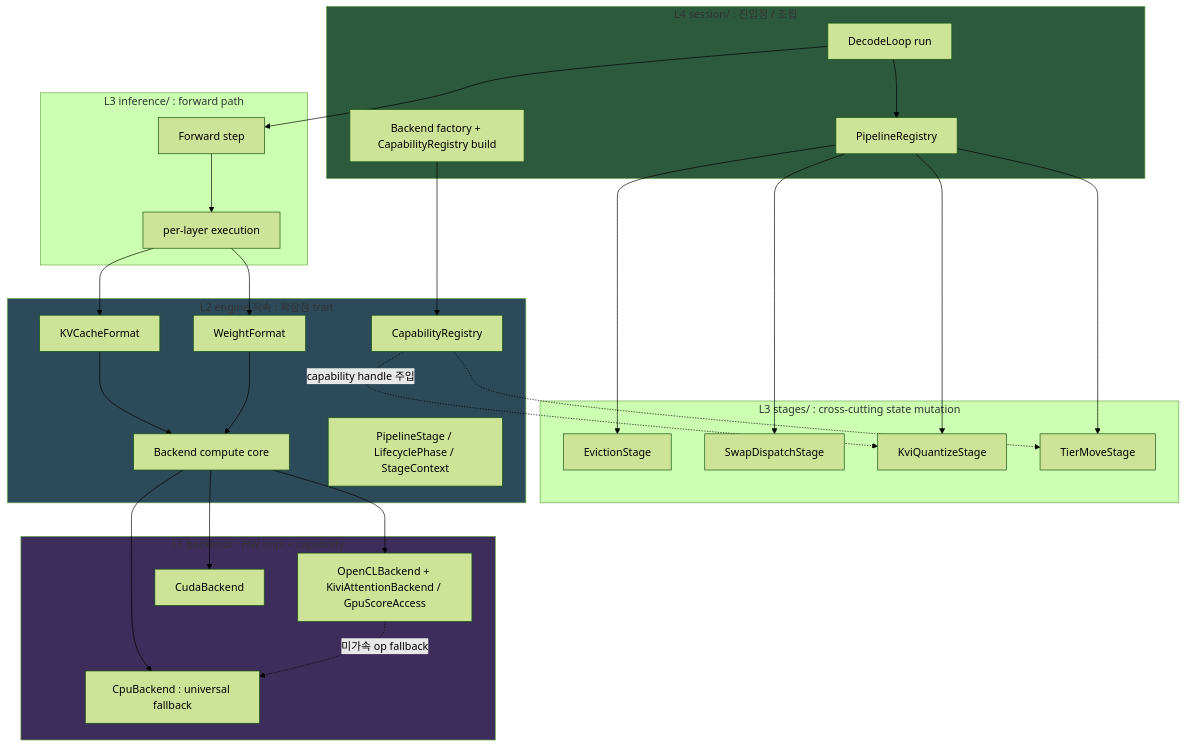
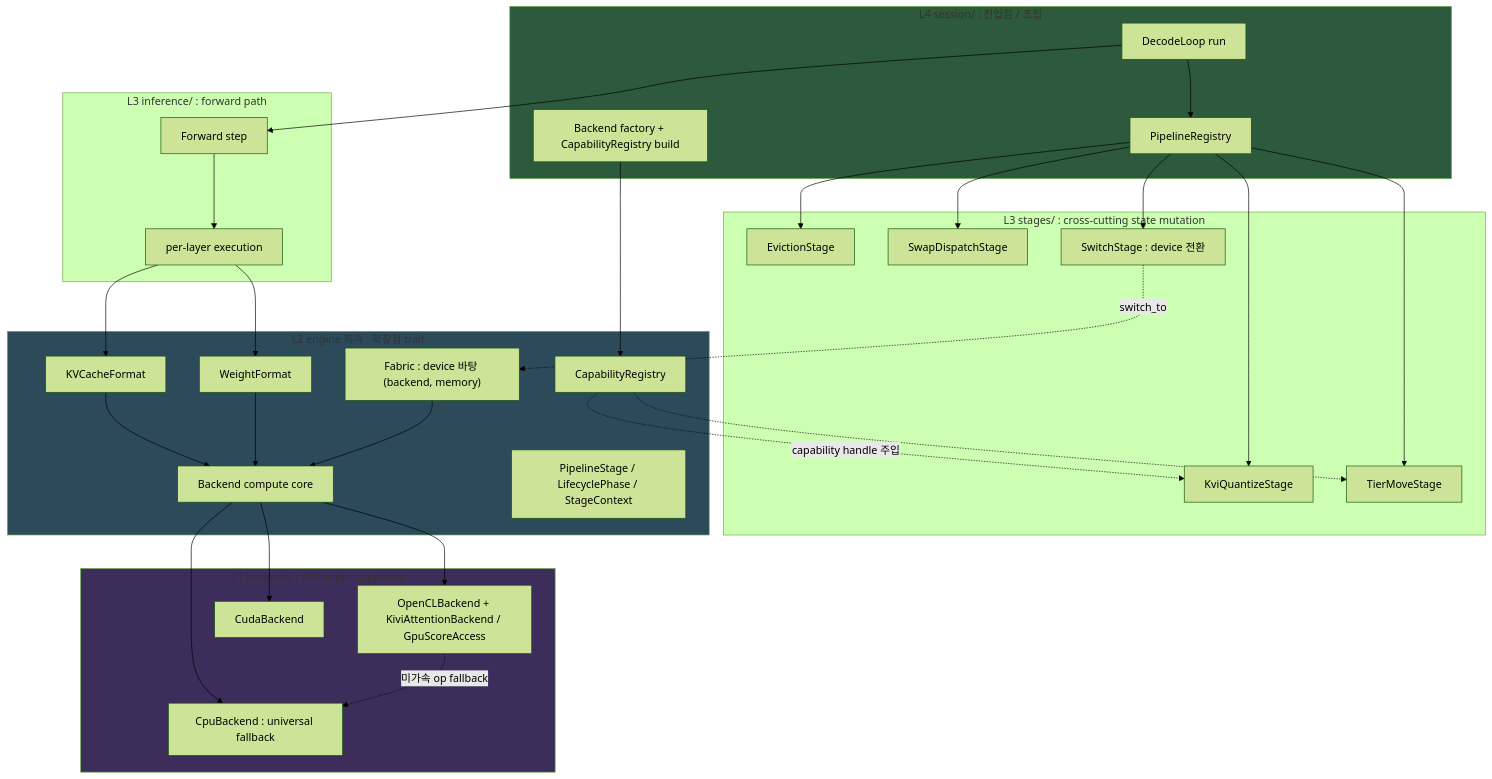
The diagram in arch/pipeline_stage_design_v2.md (hedone21/llm_rs2), drawn with Mermaid (forest theme) before and after one commit. The commit also changed other lines of this file and 2 other files, not shown here.

First line of the commit message:
docs(arch): device 3축 분리 기각 → 2축 + 실행 바탕(Fabric) 확정

````diff
--- a/arch/pipeline_stage_design_v2.md
+++ b/arch/pipeline_stage_design_v2.md
@@ -30,57 +30,62 @@
 ```mermaid
 flowchart TB
     subgraph L4["L4 session/ : 진입점 / 조립"]
         decode["DecodeLoop run"]
         registry["PipelineRegistry"]
         factory["Backend factory + CapabilityRegistry build"]
     end
 
     subgraph L3stage["L3 stages/ : cross-cutting state mutation"]
         evict["EvictionStage"]
         swap["SwapDispatchStage"]
         kivi_q["KviQuantizeStage"]
         tier["TierMoveStage"]
+        sw["SwitchStage : device 전환"]
     end
 
     subgraph L3inf["L3 inference/ : forward path"]
         fwd["Forward step"]
         layerexec["per-layer execution"]
     end
 
     subgraph L2["L2 engine 직속 : 확장점 trait"]
         be["Backend compute core"]
+        fabric["Fabric : device 바탕 (backend, memory)"]
         kvl["KVCacheFormat"]
         wl["WeightFormat"]
         ps["PipelineStage / LifecyclePhase / StageContext"]
         caps["CapabilityRegistry"]
     end
 
     subgraph L1["L1 backend/ : HW impl + capability"]
         cpu["CpuBackend : universal fallback"]
         ocl["OpenCLBackend + KiviAttentionBackend / GpuScoreAccess"]
         cuda["CudaBackend"]
     end
 
     decode --> registry
     decode --> fwd
     factory --> caps
     registry --> evict
     registry --> swap
     registry --> kivi_q
     registry --> tier
+    registry --> sw
     fwd --> layerexec
     layerexec --> kvl
     layerexec --> wl
     kvl --> be
     wl --> be
+    fabric --> be
+    sw -.->|switch_to| fabric
     be --> cpu
     be --> ocl
     be --> cuda
     caps -.->|capability handle 주입| kivi_q
     caps -.-> tier
     ocl -.->|미가속 op fallback| cpu
 
     style L2 fill:#2d4a5a
     style L1 fill:#3d2d5a
     style L4 fill:#2d5a3d
 ```
````
